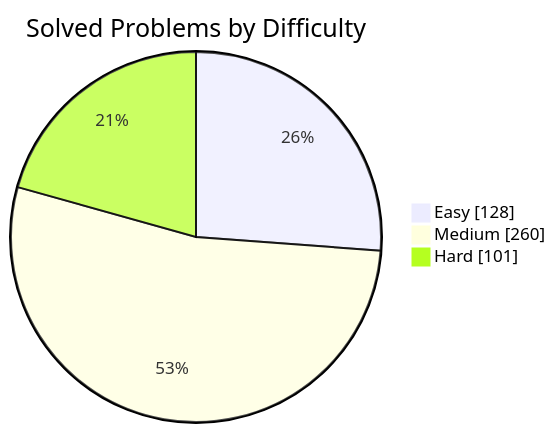
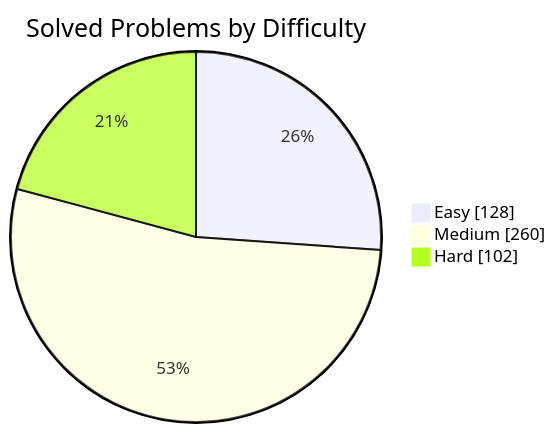
Before and after one commit to manikantbindass/DSA-Preparation-FAANG: the first of 2 diagrams in README.md, drawn with Mermaid. The commit also changed other lines of this file and 1 other file, not shown here.

````diff
--- a/README.md
+++ b/README.md
@@ -77,7 +77,7 @@
 ```mermaid
 pie showData
     title Solved Problems by Difficulty
     "Easy" : 128
     "Medium" : 260
-    "Hard" : 101
+    "Hard" : 102
 ```
````
